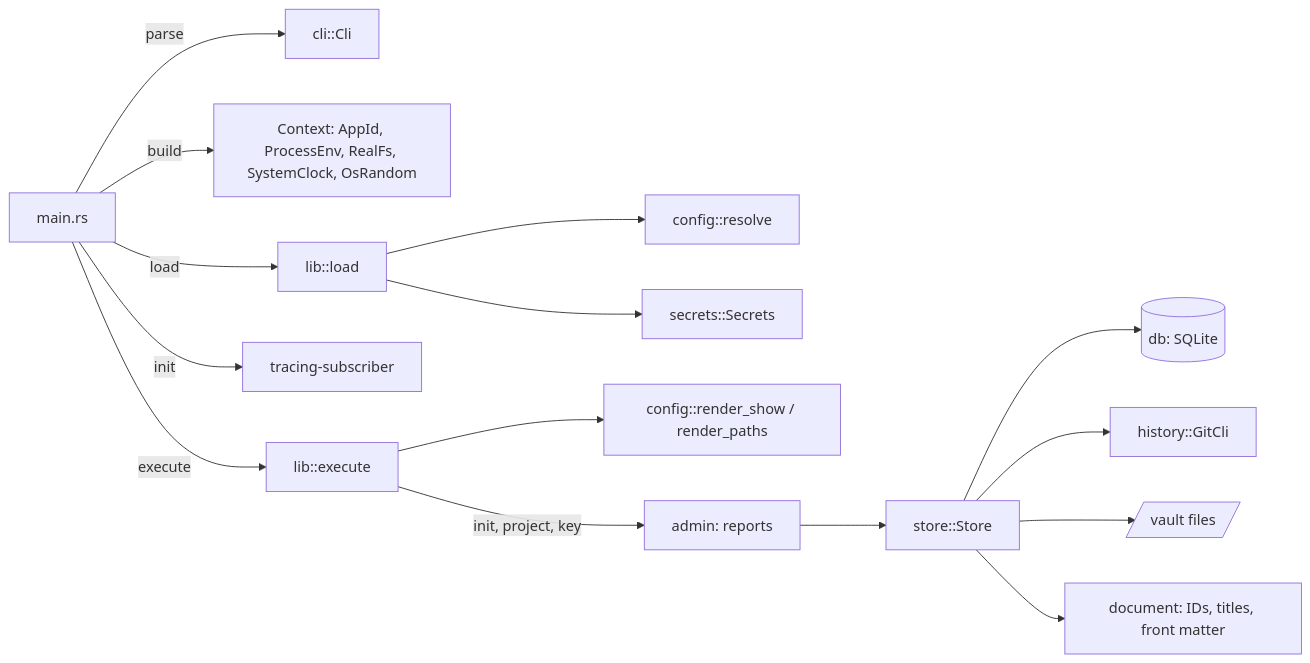
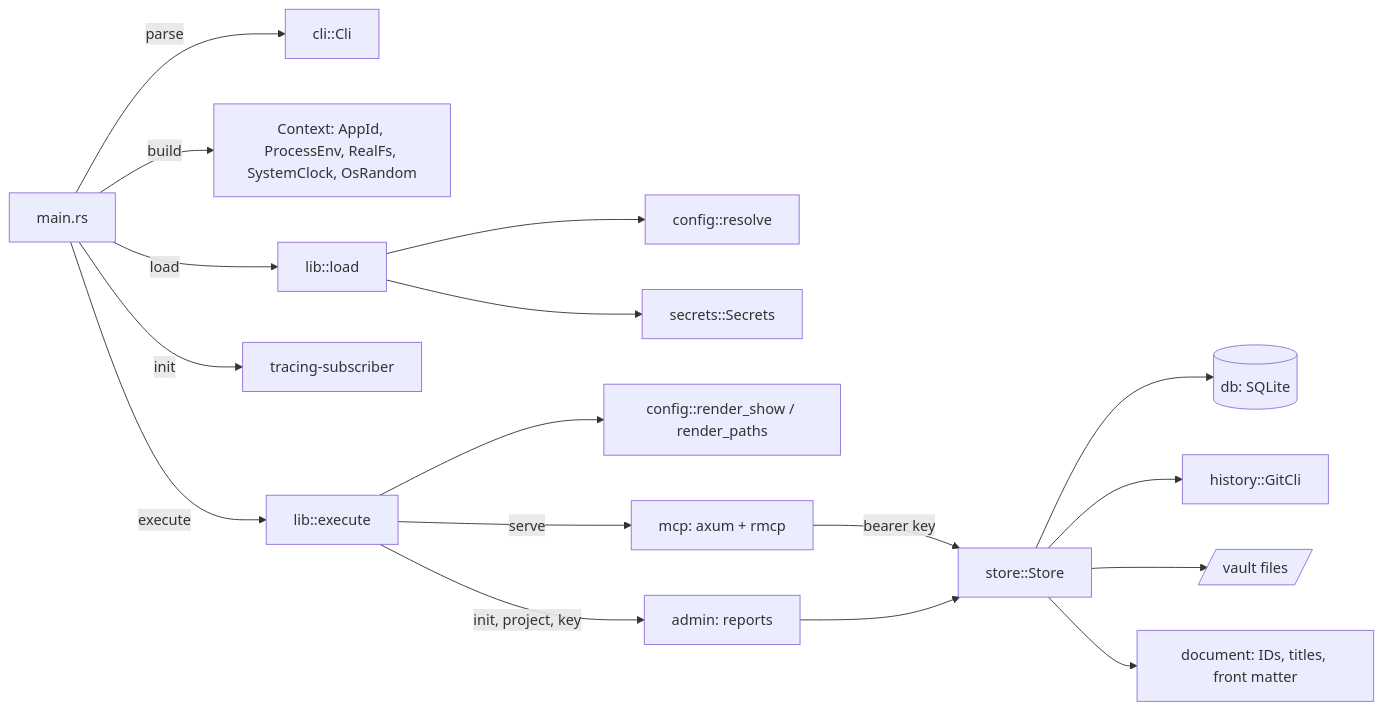
Before and after one commit to joelee/joedocs-mcp: the first of 2 diagrams in docs/architecture.md, drawn with Mermaid. The commit also changed other lines of this file and 24 other files, not shown here.

````diff
--- a/docs/architecture.md
+++ b/docs/architecture.md
@@ -7,17 +7,19 @@
 ```mermaid
 flowchart LR
     main[main.rs] -->|parse| cli[cli::Cli]
     main -->|build| ctx[Context: AppId, ProcessEnv, RealFs, SystemClock, OsRandom]
     main -->|load| load[lib::load]
     load --> resolve[config::resolve]
     load --> secrets[secrets::Secrets]
     main -->|init| tracing[tracing-subscriber]
     main -->|execute| exec[lib::execute]
     exec --> show[config::render_show / render_paths]
+    exec -->|serve| mcp[mcp: axum + rmcp]
+    mcp -->|bearer key| store
     exec -->|init, project, key| admin[admin: reports]
     admin --> store[store::Store]
     store --> db[(db: SQLite)]
     store --> history[history::GitCli]
     store --> vault[/vault files/]
     store --> document[document: IDs, titles, front matter]
 ```
````
